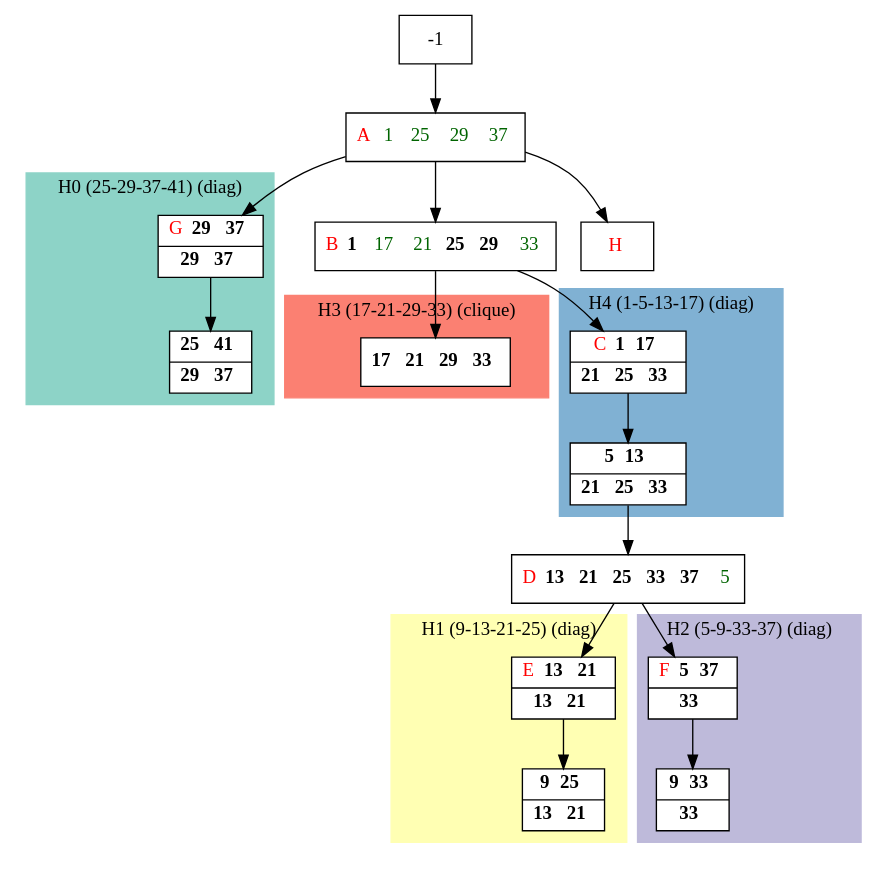
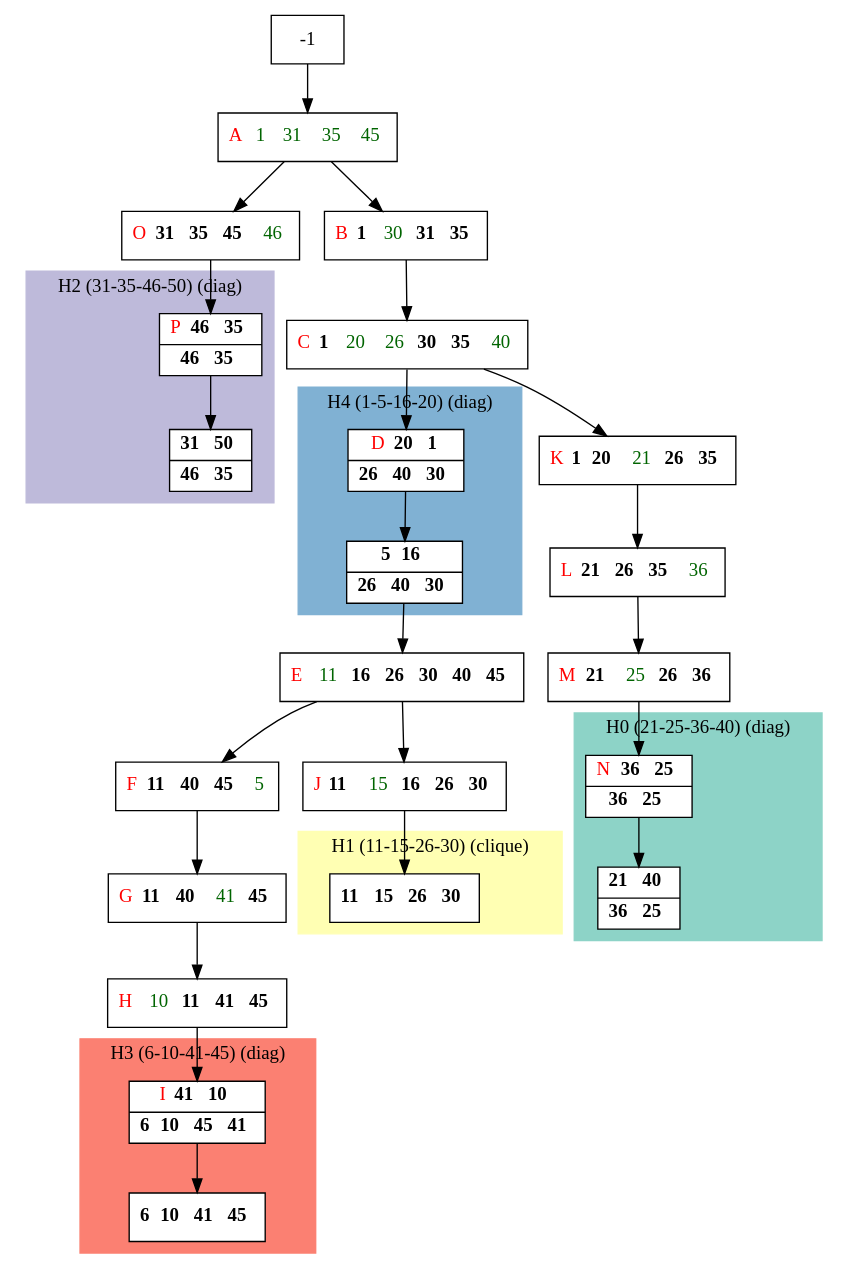
Before and after one commit to bmarchand/auto-dp: the diagram in results/compact_dot_files/compact_C5.dot, drawn with Graphviz. The commit also changed 84 other files, not shown here.

```diff
--- a/results/compact_dot_files/compact_C5.dot
+++ b/results/compact_dot_files/compact_C5.dot
@@ -1,65 +1,81 @@
 digraph G {
     node [shape=box];
     subgraph cluster0 {
         node [style=filled,fillcolor=white];
         labeljust="l";
         style=filled;
         color="#8DD3C7";
         H0_0 -> H0_5;
-        label="H0 (25-29-37-41) (diag)";
+        label="H0 (21-25-36-40) (diag)";
     }
     subgraph cluster1 {
         node [style=filled,fillcolor=white];
         labeljust="l";
         style=filled;
         color="#FFFFB3";
-        H1_0 -> H1_5;
-        label="H1 (9-13-21-25) (diag)";
+        H1_0;
+        label="H1 (11-15-26-30) (clique)";
     }
     subgraph cluster2 {
         node [style=filled,fillcolor=white];
         labeljust="l";
         style=filled;
         color="#BEBADA";
         H2_0 -> H2_5;
-        label="H2 (5-9-33-37) (diag)";
+        label="H2 (31-35-46-50) (diag)";
     }
     subgraph cluster3 {
         node [style=filled,fillcolor=white];
         labeljust="l";
         style=filled;
         color="#FB8072";
-        H3_0;
-        label="H3 (17-21-29-33) (clique)";
+        H3_0 -> H3_5;
+        label="H3 (6-10-41-45) (diag)";
     }
     subgraph cluster4 {
         node [style=filled,fillcolor=white];
         labeljust="l";
         style=filled;
         color="#80B1D3";
         H4_0 -> H4_7;
-        label="H4 (1-5-13-17) (diag)";
+        label="H4 (1-5-16-20) (diag)";
     }
-     31 [shape=record,label= <{  <FONT COLOR="RED">A</FONT>  <FONT COLOR="DARKGREEN">1</FONT>  <FONT COLOR="DARKGREEN">25</FONT>  <FONT COLOR="DARKGREEN">29</FONT>  <FONT COLOR="DARKGREEN">37</FONT>}> ];
-     -1  ->  31;
-     1 [shape=record,label= <{  <FONT COLOR="RED">B</FONT> <b>1</b>  <FONT COLOR="DARKGREEN">17</FONT>  <FONT COLOR="DARKGREEN">21</FONT> <b>25</b> <b>29</b>  <FONT COLOR="DARKGREEN">33</FONT>}> ];
-     31  ->  1;
-     H4_0 [shape=record,label= <{  <FONT COLOR="RED">C</FONT> <b>1</b> <b>17</b>|  <b>21</b> <b>25</b> <b>33</b>}> ];
+     37 [shape=record,label= <{  <FONT COLOR="RED">A</FONT>  <FONT COLOR="DARKGREEN">1</FONT>  <FONT COLOR="DARKGREEN">31</FONT>  <FONT COLOR="DARKGREEN">35</FONT>  <FONT COLOR="DARKGREEN">45</FONT>}> ];
+     -1  ->  37;
+     36 [shape=record,label= <{  <FONT COLOR="RED">B</FONT> <b>1</b>  <FONT COLOR="DARKGREEN">30</FONT> <b>31</b> <b>35</b>}> ];
+     37  ->  36;
+     1 [shape=record,label= <{  <FONT COLOR="RED">C</FONT> <b>1</b>  <FONT COLOR="DARKGREEN">20</FONT>  <FONT COLOR="DARKGREEN">26</FONT> <b>30</b> <b>35</b>  <FONT COLOR="DARKGREEN">40</FONT>}> ];
+     36  ->  1;
+     H4_0 [shape=record,label= <{  <FONT COLOR="RED">D</FONT> <b>20</b> <b>1</b>|  <b>26</b> <b>40</b> <b>30</b>}> ];
      1  ->  H4_0;
-     H4_7 [shape=record,label= <{ <b>5</b> <b>13</b>|  <b>21</b> <b>25</b> <b>33</b>}> ];
-     6 [shape=record,label= <{  <FONT COLOR="RED">D</FONT> <b>13</b> <b>21</b> <b>25</b> <b>33</b> <b>37</b>  <FONT COLOR="DARKGREEN">5</FONT>}> ];
+     H4_7 [shape=record,label= <{ <b>5</b> <b>16</b>|  <b>26</b> <b>40</b> <b>30</b>}> ];
+     6 [shape=record,label= <{  <FONT COLOR="RED">E</FONT>  <FONT COLOR="DARKGREEN">11</FONT> <b>16</b> <b>26</b> <b>30</b> <b>40</b> <b>45</b>}> ];
      H4_7  ->  6;
-     H1_0 [shape=record,label= <{  <FONT COLOR="RED">E</FONT> <b>13</b> <b>21</b>|  <b>13</b> <b>21</b>}> ];
-     6  ->  H1_0;
-     H1_5 [shape=record,label= <{ <b>9</b> <b>25</b>|  <b>13</b> <b>21</b>}> ];
-     H2_0 [shape=record,label= <{  <FONT COLOR="RED">F</FONT> <b>5</b> <b>37</b>|  <b>33</b>}> ];
-     6  ->  H2_0;
-     H2_5 [shape=record,label= <{ <b>9</b> <b>33</b>|  <b>33</b>}> ];
-     H3_0 [shape=record,label= <{ <b>17</b> <b>21</b> <b>29</b> <b>33</b>}> ];
-     1  ->  H3_0;
-     H0_0 [shape=record,label= <{  <FONT COLOR="RED">G</FONT> <b>29</b> <b>37</b>|  <b>29</b> <b>37</b>}> ];
-     31  ->  H0_0;
-     H0_5 [shape=record,label= <{ <b>25</b> <b>41</b>|  <b>29</b> <b>37</b>}> ];
-     _1 [shape=record,label= <{  <FONT COLOR="RED">H</FONT>}> ];
-     31  ->  _1;
+     7 [shape=record,label= <{  <FONT COLOR="RED">F</FONT> <b>11</b> <b>40</b> <b>45</b>  <FONT COLOR="DARKGREEN">5</FONT>}> ];
+     6  ->  7;
+     10 [shape=record,label= <{  <FONT COLOR="RED">G</FONT> <b>11</b> <b>40</b>  <FONT COLOR="DARKGREEN">41</FONT> <b>45</b>}> ];
+     7  ->  10;
+     11 [shape=record,label= <{  <FONT COLOR="RED">H</FONT>  <FONT COLOR="DARKGREEN">10</FONT> <b>11</b> <b>41</b> <b>45</b>}> ];
+     10  ->  11;
+     H3_0 [shape=record,label= <{  <FONT COLOR="RED">I</FONT> <b>41</b> <b>10</b>|  <b>6</b> <b>10</b> <b>45</b> <b>41</b>}> ];
+     11  ->  H3_0;
+     H3_5 [shape=record,label= <{ <b>6</b> <b>10</b> <b>41</b> <b>45</b>}> ];
+     16 [shape=record,label= <{  <FONT COLOR="RED">J</FONT> <b>11</b>  <FONT COLOR="DARKGREEN">15</FONT> <b>16</b> <b>26</b> <b>30</b>}> ];
+     6  ->  16;
+     H1_0 [shape=record,label= <{ <b>11</b> <b>15</b> <b>26</b> <b>30</b>}> ];
+     16  ->  H1_0;
+     26 [shape=record,label= <{  <FONT COLOR="RED">K</FONT> <b>1</b> <b>20</b>  <FONT COLOR="DARKGREEN">21</FONT> <b>26</b> <b>35</b>}> ];
+     1  ->  26;
+     28 [shape=record,label= <{  <FONT COLOR="RED">L</FONT> <b>21</b> <b>26</b> <b>35</b>  <FONT COLOR="DARKGREEN">36</FONT>}> ];
+     26  ->  28;
+     29 [shape=record,label= <{  <FONT COLOR="RED">M</FONT> <b>21</b>  <FONT COLOR="DARKGREEN">25</FONT> <b>26</b> <b>36</b>}> ];
+     28  ->  29;
+     H0_0 [shape=record,label= <{  <FONT COLOR="RED">N</FONT> <b>36</b> <b>25</b>|  <b>36</b> <b>25</b>}> ];
+     29  ->  H0_0;
+     H0_5 [shape=record,label= <{ <b>21</b> <b>40</b>|  <b>36</b> <b>25</b>}> ];
+     38 [shape=record,label= <{  <FONT COLOR="RED">O</FONT> <b>31</b> <b>35</b> <b>45</b>  <FONT COLOR="DARKGREEN">46</FONT>}> ];
+     37  ->  38;
+     H2_0 [shape=record,label= <{  <FONT COLOR="RED">P</FONT> <b>46</b> <b>35</b>|  <b>46</b> <b>35</b>}> ];
+     38  ->  H2_0;
+     H2_5 [shape=record,label= <{ <b>31</b> <b>50</b>|  <b>46</b> <b>35</b>}> ];
 }
```
